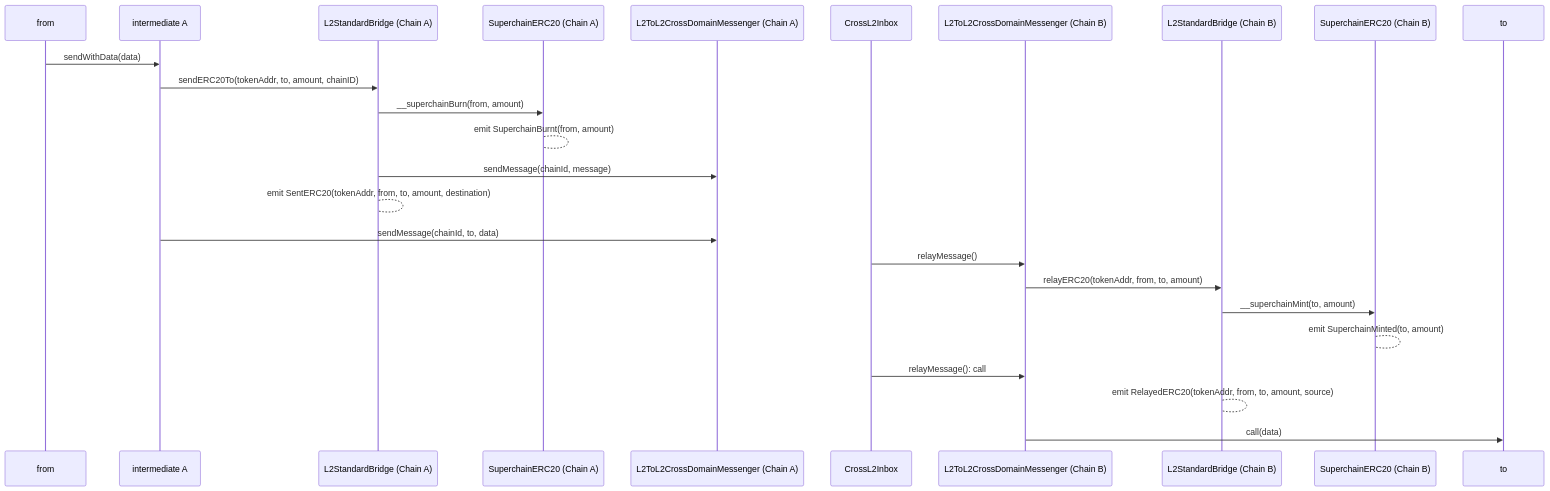
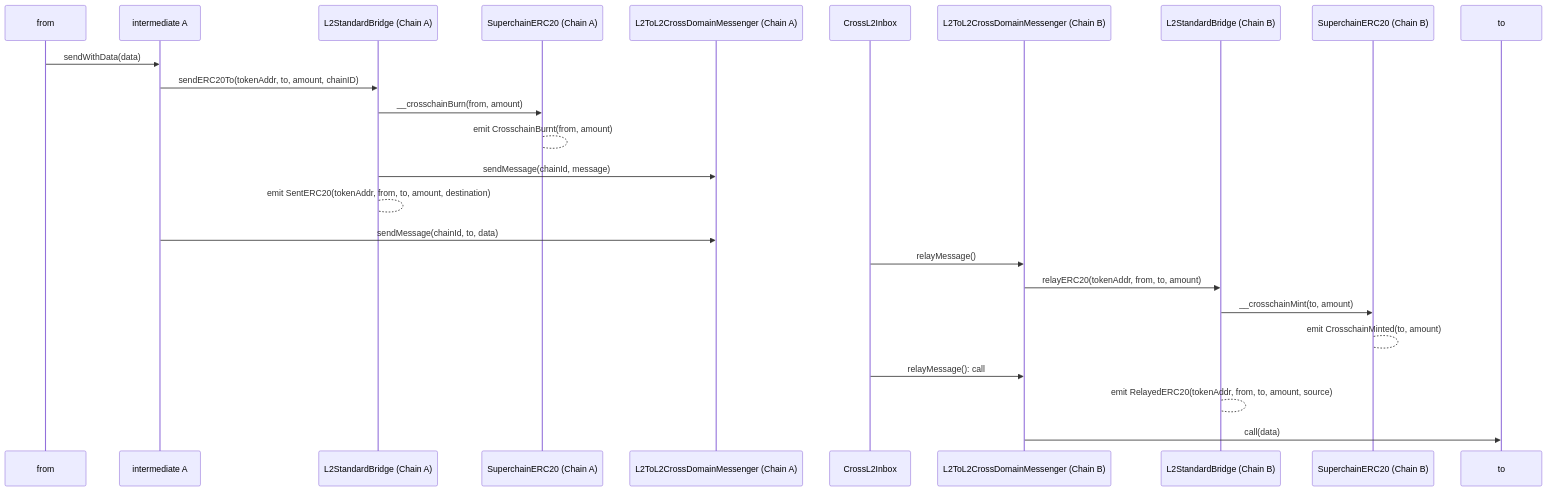
The third of 3 diagrams in specs/interop/token-bridging.md (ethereum-optimism/specs), drawn with Mermaid before and after one commit. The commit also changed other lines of this file, not shown here.

````diff
--- a/specs/interop/token-bridging.md
+++ b/specs/interop/token-bridging.md
@@ -211,27 +211,27 @@
 ```mermaid
 sequenceDiagram
   participant from
   participant Intermediate_A as intermediate A
   participant L2SBA as L2StandardBridge (Chain A)
   participant SuperERC20_A as SuperchainERC20 (Chain A)
   participant Messenger_A as L2ToL2CrossDomainMessenger (Chain A)
   participant Inbox as CrossL2Inbox
   participant Messenger_B as L2ToL2CrossDomainMessenger (Chain B)
   participant L2SBB as L2StandardBridge (Chain B)
   participant SuperERC20_B as SuperchainERC20 (Chain B)
 
   from->>Intermediate_A: sendWithData(data)
   Intermediate_A->>L2SBA: sendERC20To(tokenAddr, to, amount, chainID)
-  L2SBA->>SuperERC20_A: __superchainBurn(from, amount)
-  SuperERC20_A-->SuperERC20_A: emit SuperchainBurnt(from, amount)
+  L2SBA->>SuperERC20_A: __crosschainBurn(from, amount)
+  SuperERC20_A-->SuperERC20_A: emit CrosschainBurnt(from, amount)
   L2SBA->>Messenger_A: sendMessage(chainId, message)
   L2SBA-->L2SBA: emit SentERC20(tokenAddr, from, to, amount, destination)
   Intermediate_A->>Messenger_A: sendMessage(chainId, to, data)
   Inbox->>Messenger_B: relayMessage()
   Messenger_B->>L2SBB: relayERC20(tokenAddr, from, to, amount)
-  L2SBB->>SuperERC20_B: __superchainMint(to, amount)
-  SuperERC20_B-->SuperERC20_B: emit SuperchainMinted(to, amount)
+  L2SBB->>SuperERC20_B: __crosschainMint(to, amount)
+  SuperERC20_B-->SuperERC20_B: emit CrosschainMinted(to, amount)
   Inbox->>Messenger_B: relayMessage(): call
   L2SBB-->L2SBB: emit RelayedERC20(tokenAddr, from, to, amount, source)
   Messenger_B->>to: call(data)
 ```
````
